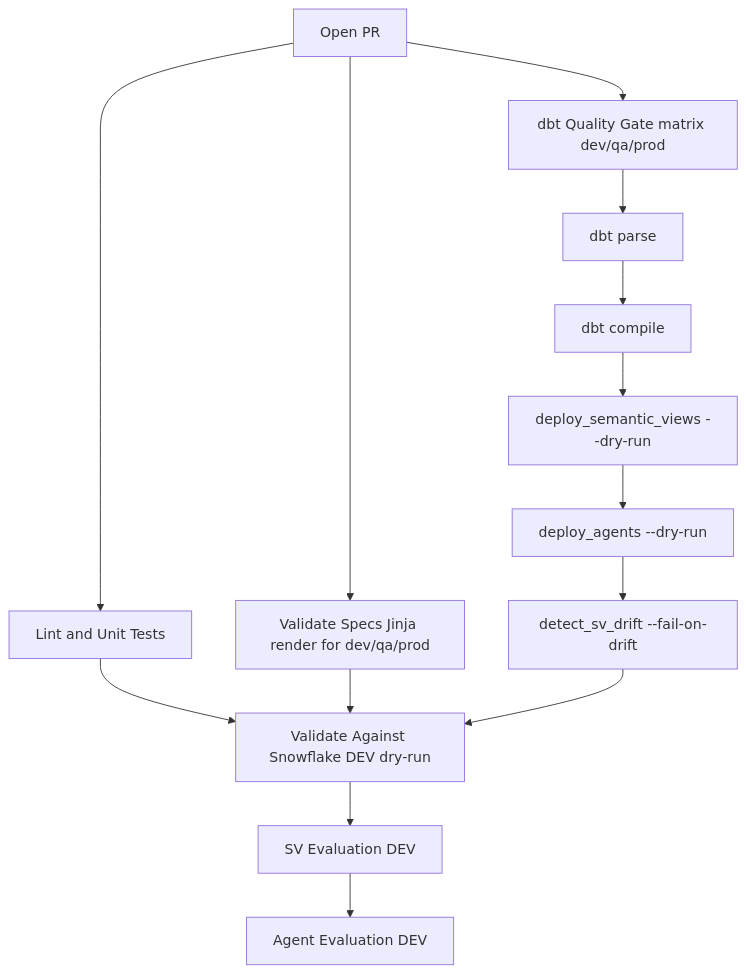
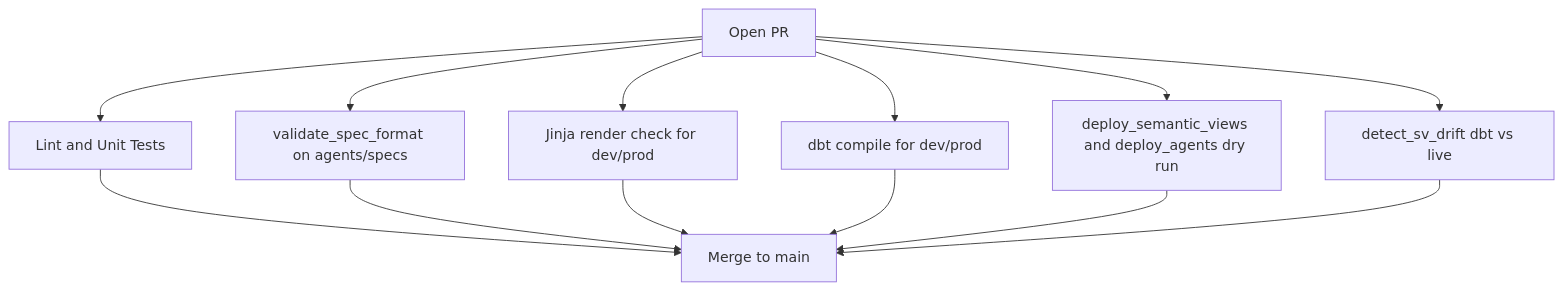
One commit to Jeremy-Demlow/AgentMangement changed the first of 2 diagrams in ENVIRONMENT_PARITY.md. Above: the diagram before and after it, drawn with Mermaid. The commit also changed other lines of this file and 32 other files, not shown here.

````diff
--- a/ENVIRONMENT_PARITY.md
+++ b/ENVIRONMENT_PARITY.md
@@ -37,19 +43,10 @@
 ```mermaid
 flowchart TD
     PR[Open PR] --> Lint[Lint and Unit Tests]
-    PR --> Specs[Validate Specs Jinja render for dev/qa/prod]
-    PR --> DbtGate[dbt Quality Gate matrix dev/qa/prod]
-
-    DbtGate --> DbtParse[dbt parse]
-    DbtParse --> DbtCompile[dbt compile]
-    DbtCompile --> SvDryRun[deploy_semantic_views --dry-run]
-    SvDryRun --> AgentDryRun[deploy_agents --dry-run]
-    AgentDryRun --> Drift[detect_sv_drift --fail-on-drift]
-
-    Lint --> SnowflakeGate[Validate Against Snowflake DEV dry-run]
-    Specs --> SnowflakeGate
-    Drift --> SnowflakeGate
-
-    SnowflakeGate --> SvEval[SV Evaluation DEV]
-    SvEval --> AgentEval[Agent Evaluation DEV]
+    PR --> Specs[validate_spec_format on agents/specs]
+    PR --> Templates[Jinja render check for dev/prod]
+    PR --> Compile[dbt compile for dev/prod]
+    PR --> Dry[deploy_semantic_views and deploy_agents dry run]
+    PR --> Drift[detect_sv_drift dbt vs live]
+    Lint & Specs & Templates & Compile & Dry & Drift --> Merge[Merge to main]
 ```
````
